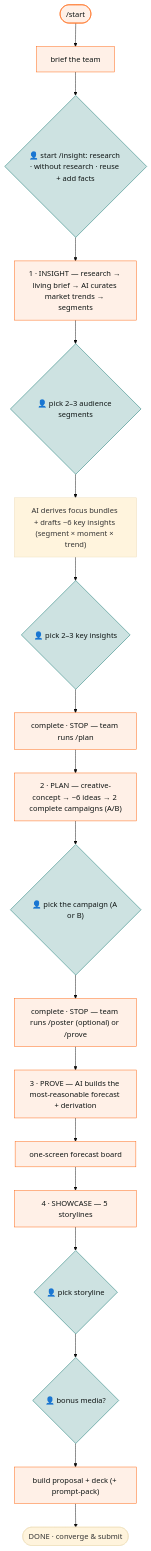
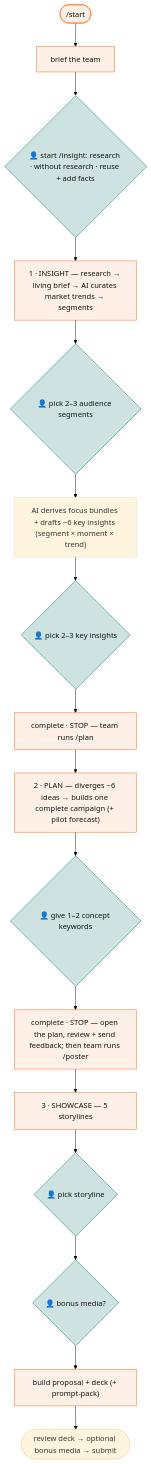
One commit to jkang/a-hackathon changed the diagram in .opencode/README.md. Above: the diagram before and after it, drawn with Mermaid (base theme). The commit also changed other lines of this file and 29 other files, not shown here.

````diff
--- a/.opencode/README.md
+++ b/.opencode/README.md
@@ -68,25 +67,23 @@
 ```mermaid
 flowchart TD
     A([/start]) --> H0["brief the team"]
     H0 --> HR{"👤 start /insight: research · without research · reuse + add facts"}
     HR -->     I["1 · INSIGHT — research → living brief → AI curates market trends → segments"]
     I --> H1{"👤 pick 2–3 audience segments"}
     H1 --> I2["AI derives focus bundles + drafts ~6 key insights (segment × moment × trend)"]
     I2 --> H1b{"👤 pick 2–3 key insights"}
     H1b --> HO2["complete · STOP — team runs /plan"]
-    HO2 --> P["2 · PLAN — creative-concept → ~6 ideas → 2 complete campaigns (A/B)"]
-    P --> H3{"👤 pick the campaign (A or B)"}
-    H3 --> HO3["complete · STOP — team runs /poster (optional) or /prove"]
-    HO3 --> V["3 · PROVE — AI builds the most-reasonable forecast + derivation"]
-    V --> C["one-screen forecast board"]
-    C --> S["4 · SHOWCASE — 5 storylines"]
+    HO2 --> P["2 · PLAN — diverges ~6 ideas → builds one complete campaign (+ pilot forecast)"]
+    P --> HK{"👤 give 1–2 concept keywords"}
+    HK --> HO3["complete · STOP — open the plan, review + send feedback; then team runs /poster"]
+    HO3 --> S["3 · SHOWCASE — 5 storylines"]
     S --> H7{"👤 pick storyline"}
     H7 --> H9{"👤 bonus media?"}
     H9 --> B["build proposal + deck (+ prompt-pack)"]
-    B --> D([DONE · converge & submit])
+    B --> D([review deck → optional bonus media → submit])
 
     classDef ai fill:#FFF0E7,stroke:#FF6611,color:#0F1514;
     classDef hitl fill:#CDE2E1,stroke:#077069,color:#0F1514;
-    class A,I,P,V,C,S,B,H0,HO2,HO3 ai;
-    class HR,H1,H1b,H3,H7,H9 hitl;
+    class A,I,P,S,B,H0,HO2,HO3 ai;
+    class HR,H1,H1b,HK,H7,H9 hitl;
 ```
````
